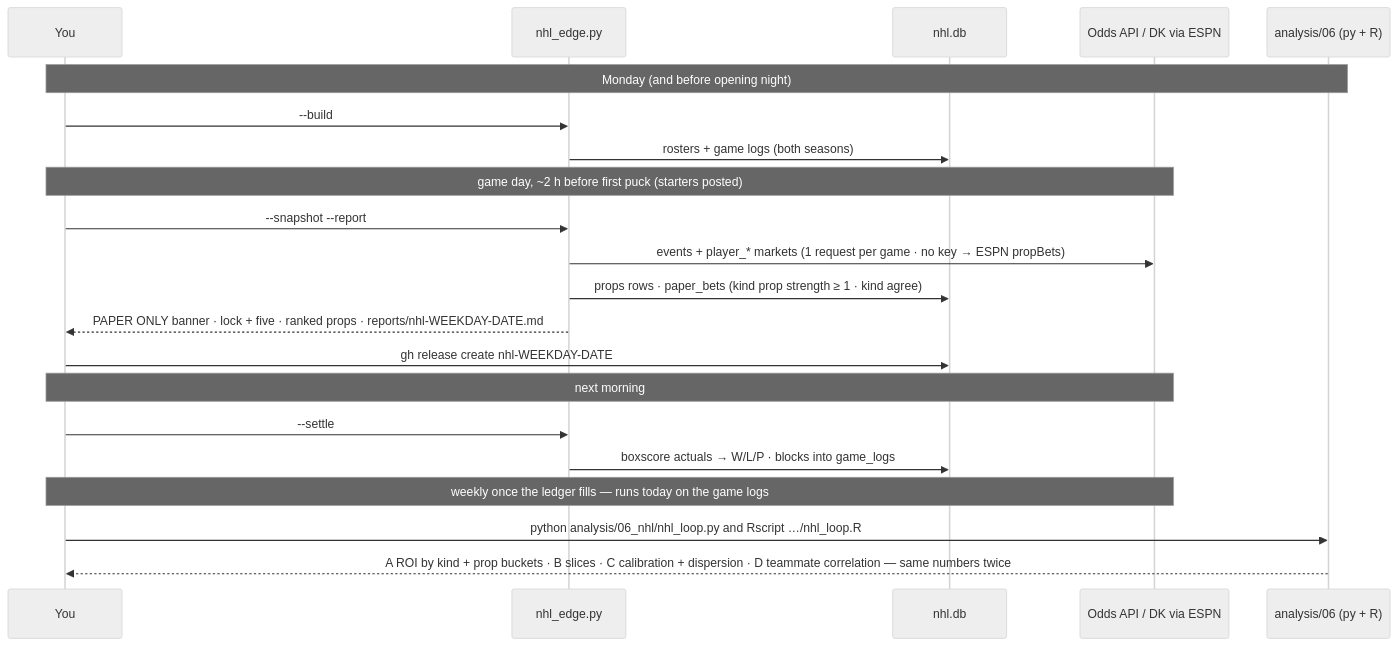
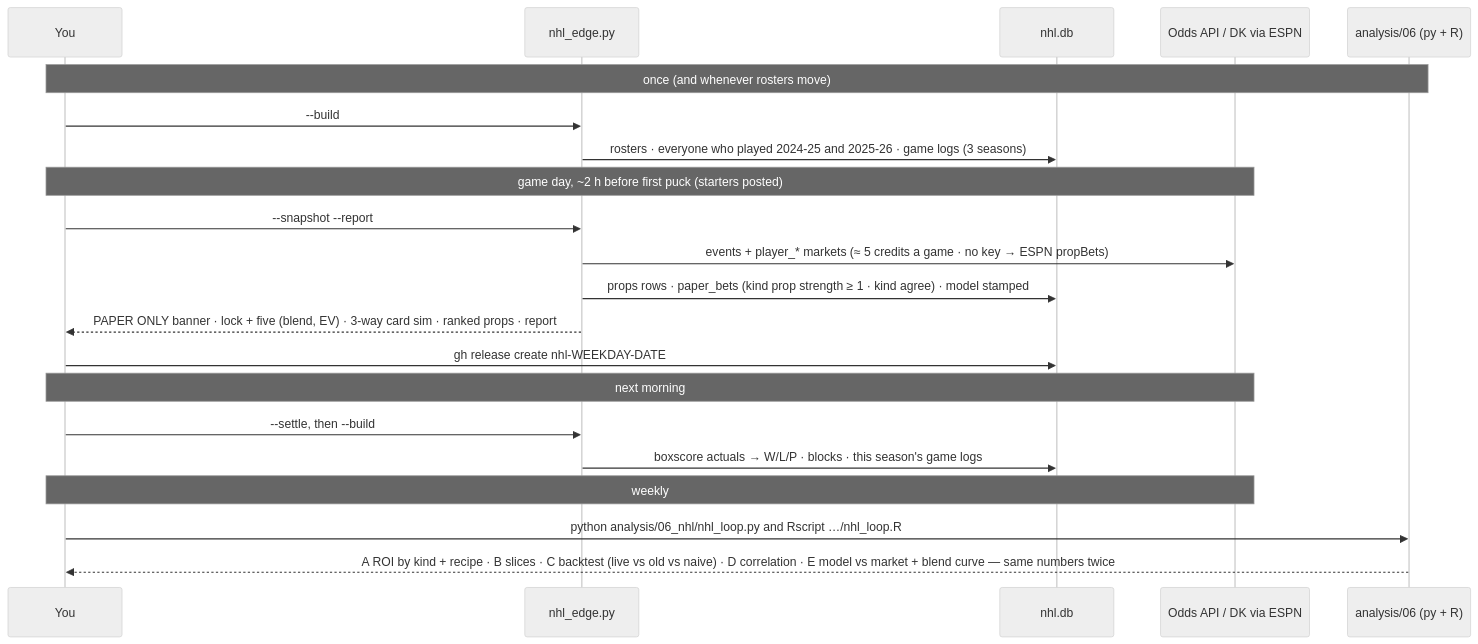
Diagram 27 of 27 in README.md (wbp318/cfb_soccer_nhl_2026_2027), drawn with Mermaid (neutral theme) before and after one commit. The commit also changed other lines of this file and 10 other files, not shown here.

````diff
--- a/README.md
+++ b/README.md
@@ -1377,23 +1432,23 @@
 ```mermaid
 sequenceDiagram
     participant You
     participant Tool as nhl_edge.py
     participant DB as nhl.db
     participant Book as Odds API / DK via ESPN
     participant An as analysis/06 (py + R)
-    Note over You,An: Monday (and before opening night)
+    Note over You,An: once (and whenever rosters move)
     You->>Tool: --build
-    Tool->>DB: rosters + game logs (both seasons)
+    Tool->>DB: rosters · everyone who played 2024-25 and 2025-26 · game logs (3 seasons)
     Note over You,Book: game day, ~2 h before first puck (starters posted)
     You->>Tool: --snapshot --report
-    Tool->>Book: events + player_* markets (1 request per game · no key → ESPN propBets)
-    Tool->>DB: props rows · paper_bets (kind prop strength ≥ 1 · kind agree)
-    Tool-->>You: PAPER ONLY banner · lock + five · ranked props · reports/nhl-WEEKDAY-DATE.md
+    Tool->>Book: events + player_* markets (≈ 5 credits a game · no key → ESPN propBets)
+    Tool->>DB: props rows · paper_bets (kind prop strength ≥ 1 · kind agree) · model stamped
+    Tool-->>You: PAPER ONLY banner · lock + five (blend, EV) · 3-way card sim · ranked props · report
     You->>DB: gh release create nhl-WEEKDAY-DATE
     Note over You,Book: next morning
-    You->>Tool: --settle
-    Tool->>DB: boxscore actuals → W/L/P · blocks into game_logs
-    Note over You,Book: weekly once the ledger fills — runs today on the game logs
+    You->>Tool: --settle, then --build
+    Tool->>DB: boxscore actuals → W/L/P · blocks · this season's game logs
+    Note over You,Book: weekly
     You->>An: python analysis/06_nhl/nhl_loop.py  and  Rscript …/nhl_loop.R
-    An-->>You: A ROI by kind + prop buckets · B slices · C calibration + dispersion · D teammate correlation — same numbers twice
+    An-->>You: A ROI by kind + recipe · B slices · C backtest (live vs old vs naive) · D correlation · E model vs market + blend curve — same numbers twice
 ```
````
